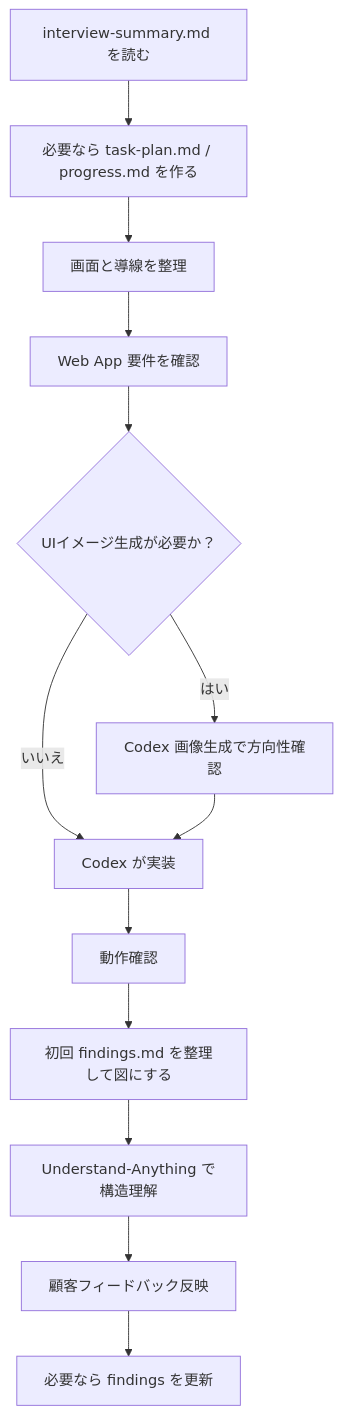
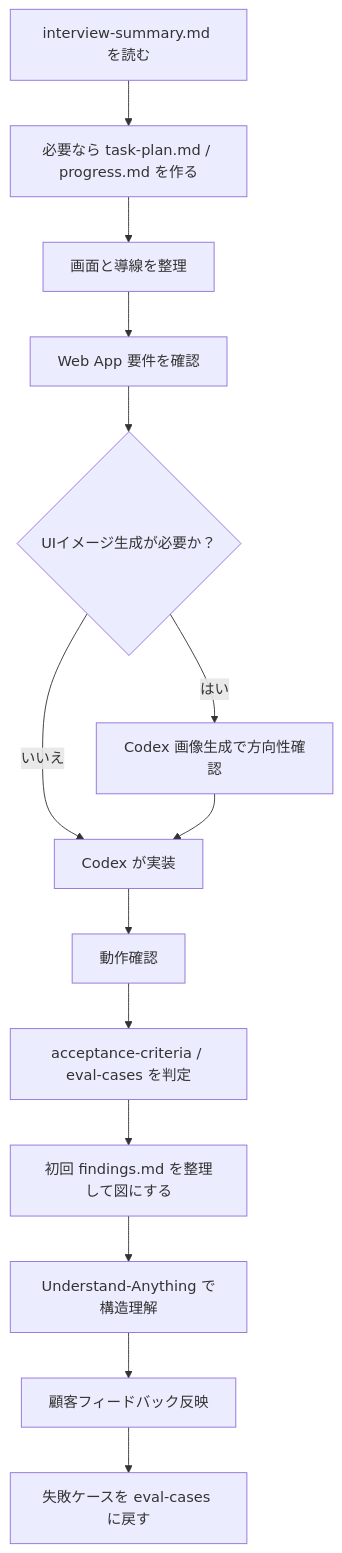
Before and after one commit to ryota-nakazawa/ultra_sprint_harness: the second of 5 diagrams in README.md, drawn with Mermaid. The commit also changed other lines of this file and 47 other files, not shown here.

````diff
--- a/README.md
+++ b/README.md
@@ -113,15 +116,16 @@
 ```mermaid
 flowchart TD
     A["interview-summary.md を読む"] --> B["必要なら task-plan.md / progress.md を作る"]
     B --> C["画面と導線を整理"]
     C --> D["Web App 要件を確認"]
     D --> E{"UIイメージ生成が必要か？"}
     E -->|はい| F["Codex 画像生成で方向性確認"]
     E -->|いいえ| G["Codex が実装"]
     F --> G
     G --> H["動作確認"]
-    H --> I["初回 findings.md を整理して図にする"]
-    I --> J["Understand-Anything で構造理解"]
-    J --> K["顧客フィードバック反映"]
-    K --> L["必要なら findings を更新"]
+    H --> I["acceptance-criteria / eval-cases を判定"]
+    I --> J["初回 findings.md を整理して図にする"]
+    J --> K["Understand-Anything で構造理解"]
+    K --> L["顧客フィードバック反映"]
+    L --> M["失敗ケースを eval-cases に戻す"]
 ```
````
